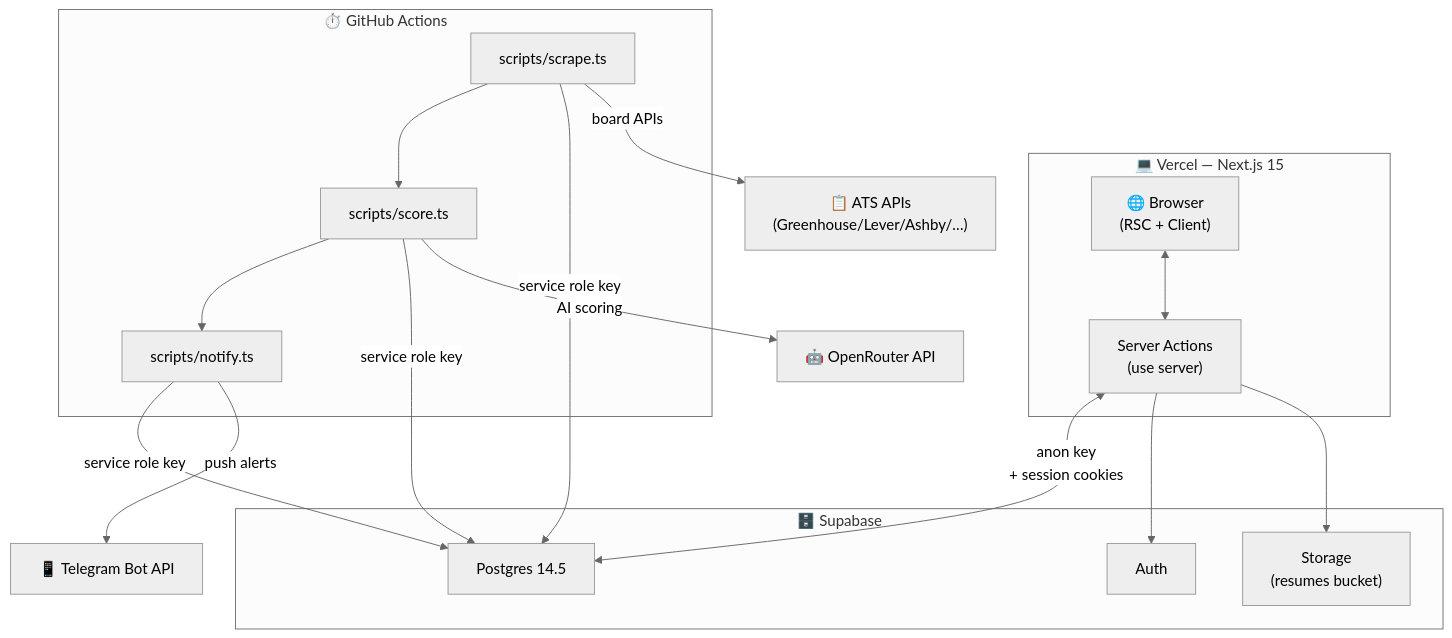
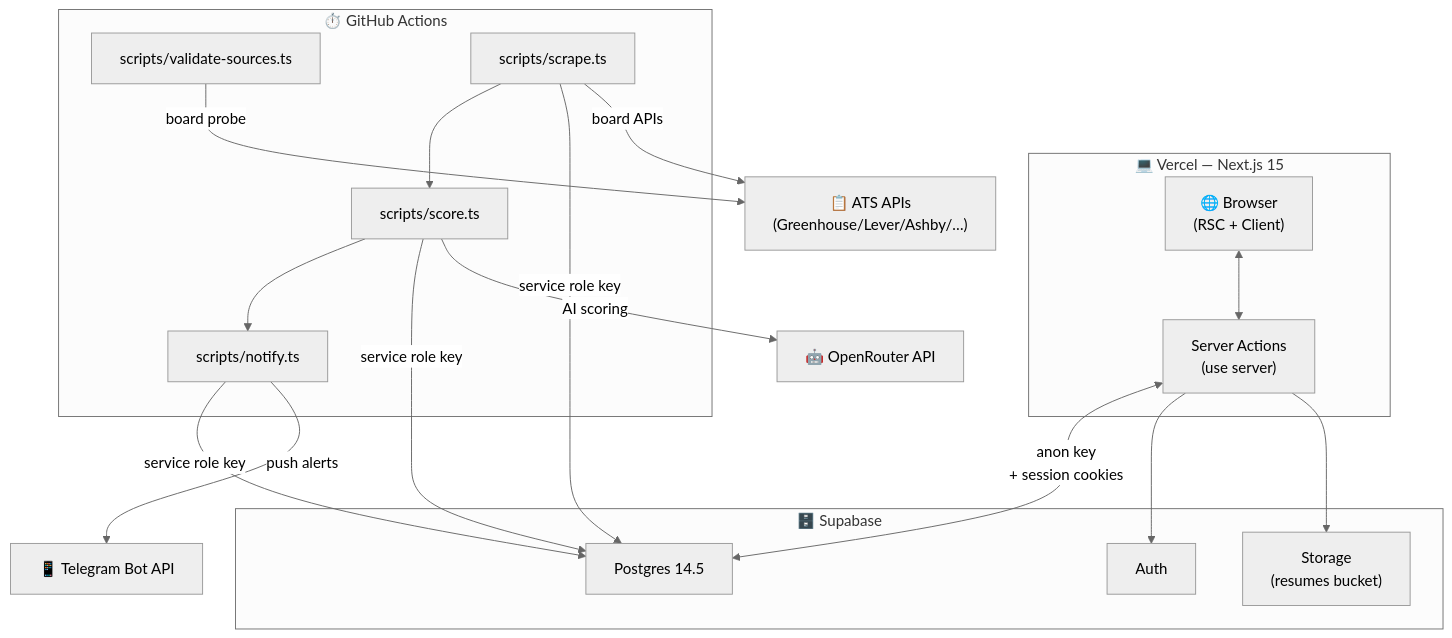
One commit to sahidhh/job-scraper changed the second of 7 diagrams in design/architecture.md. Above: the diagram before and after it, drawn with Mermaid (neutral theme). The commit also changed 16 other files, not shown here.

First line of the commit message:
feat: add source validation system for ATS board health checks

````diff
--- a/design/architecture.md
+++ b/design/architecture.md
@@ -64,32 +64,34 @@
 ```mermaid
 flowchart TB
     subgraph vercel ["💻 Vercel — Next.js 15"]
         Browser["🌐 Browser\n(RSC + Client)"]
         Actions["Server Actions\n(use server)"]
         Browser <--> Actions
     end
 
     subgraph supabase ["🗄️ Supabase"]
         PG["Postgres 14.5"]
         Auth["Auth"]
         Storage["Storage\n(resumes bucket)"]
     end
 
     subgraph gha ["⏱️ GitHub Actions"]
+        Validate["scripts/validate-sources.ts"]
         Scrape["scripts/scrape.ts"]
         Score["scripts/score.ts"]
         Notify["scripts/notify.ts"]
         Scrape --> Score --> Notify
     end
 
     Actions <-->|"anon key\n+ session cookies"| PG
     Actions --> Auth
     Scrape -->|"service role key"| PG
     Score -->|"service role key"| PG
     Notify -->|"service role key"| PG
 
     Score -->|"AI scoring"| OpenRouter["🤖 OpenRouter API"]
     Notify -->|"push alerts"| Telegram["📱 Telegram Bot API"]
     Scrape -->|"board APIs"| ATS["📋 ATS APIs\n(Greenhouse/Lever/Ashby/…)"]
+    Validate -->|"board probe"| ATS
     Actions --> Storage
 ```
````
